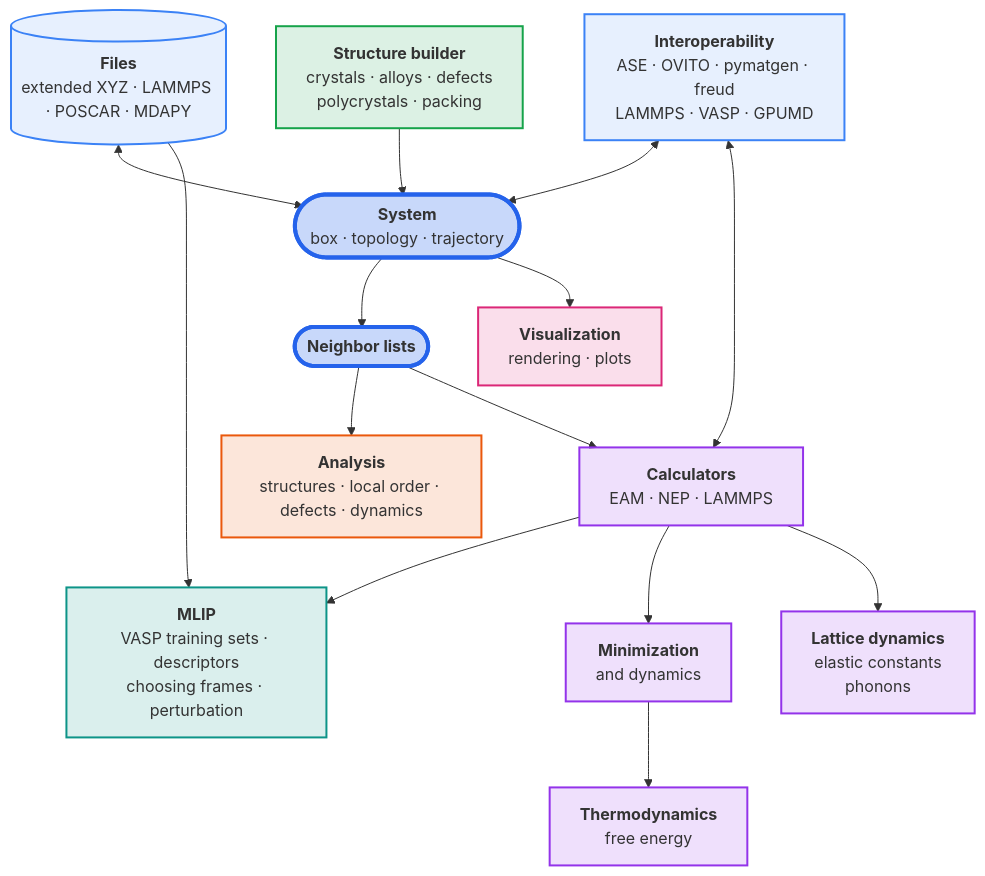
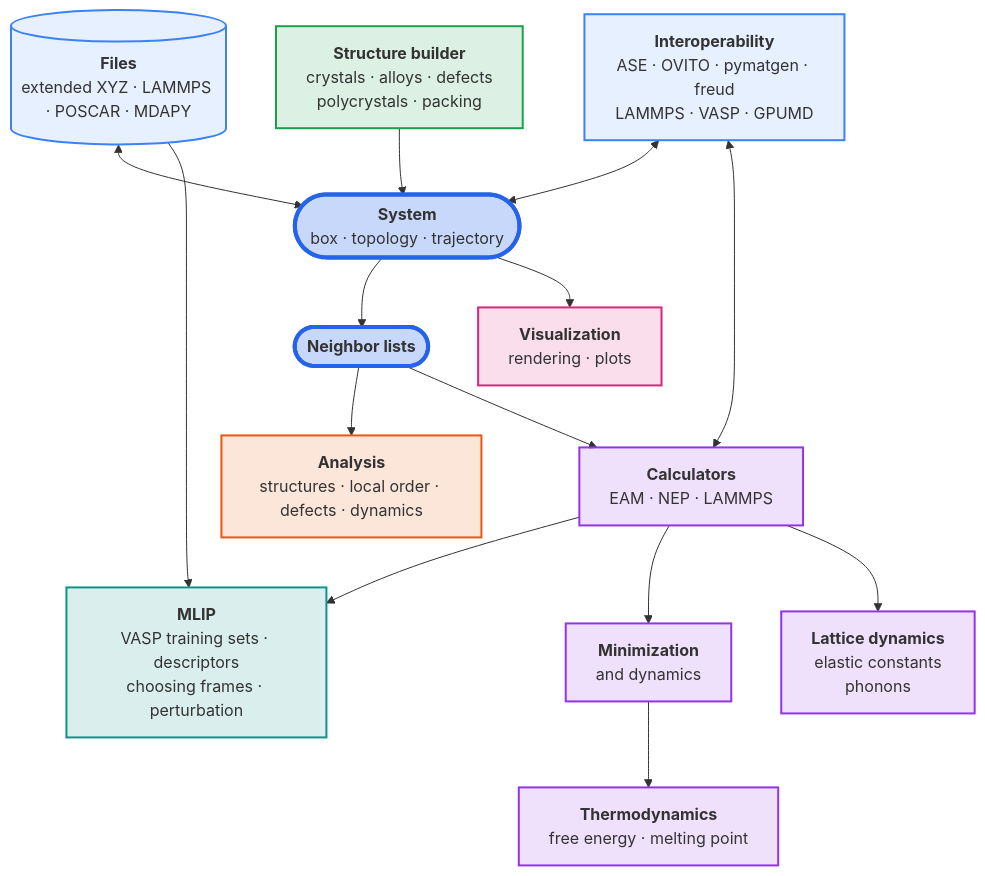
One commit to mushroomfire/mdapy changed the diagram in docs/index.md. Above: the diagram before and after it, drawn with Mermaid.

Commit message:
The home page names the melting point in its map

````diff
--- a/docs/index.md
+++ b/docs/index.md
@@ -26,44 +26,44 @@
 ```mermaid
 flowchart TB
     files[("<b>Files</b><br/>extended XYZ · LAMMPS · POSCAR · MDAPY")]
     build["<b>Structure builder</b><br/>crystals · alloys · defects<br/>polycrystals · packing"]
     system(["<b>System</b><br/>box · topology · trajectory"])
     neighbors(["<b>Neighbor lists</b>"])
     visual["<b>Visualization</b><br/>rendering · plots"]
     mlip["<b>MLIP</b><br/>VASP training sets · descriptors<br/>choosing frames · perturbation"]
     analysis["<b>Analysis</b><br/>structures · local order · defects · dynamics"]
     calculators["<b>Calculators</b><br/>EAM · NEP · LAMMPS"]
     minimization["<b>Minimization</b><br/>and dynamics"]
     lattice["<b>Lattice dynamics</b><br/>elastic constants<br/>phonons"]
-    thermodynamics["<b>Thermodynamics</b><br/>free energy"]
+    thermodynamics["<b>Thermodynamics</b><br/>free energy · melting point"]
     packages["<b>Interoperability</b><br/>ASE · OVITO · pymatgen · freud<br/>LAMMPS · VASP · GPUMD"]
 
     files <--> system
     build --> system
     packages <--> system
     packages <--> calculators
     system --> neighbors
     system --> visual
     files --> mlip
     calculators --> mlip
     neighbors --> analysis
     neighbors --> calculators
     calculators --> minimization
     calculators --> lattice
     minimization --> thermodynamics
 
     classDef core fill:#2563eb40,stroke:#2563eb,stroke-width:4px
     classDef data fill:#3b82f61f,stroke:#3b82f6,stroke-width:2px
     classDef analysis fill:#ea580c26,stroke:#ea580c,stroke-width:2px
     classDef simulation fill:#9333ea26,stroke:#9333ea,stroke-width:2px
     classDef build fill:#16a34a26,stroke:#16a34a,stroke-width:2px
     classDef visual fill:#db277726,stroke:#db2777,stroke-width:2px
     classDef mlip fill:#0d948826,stroke:#0d9488,stroke-width:2px
     class system,neighbors core
     class files,packages data
     class analysis analysis
     class calculators,minimization,lattice,thermodynamics simulation
     class build build
     class visual visual
     class mlip mlip
 ```
````
